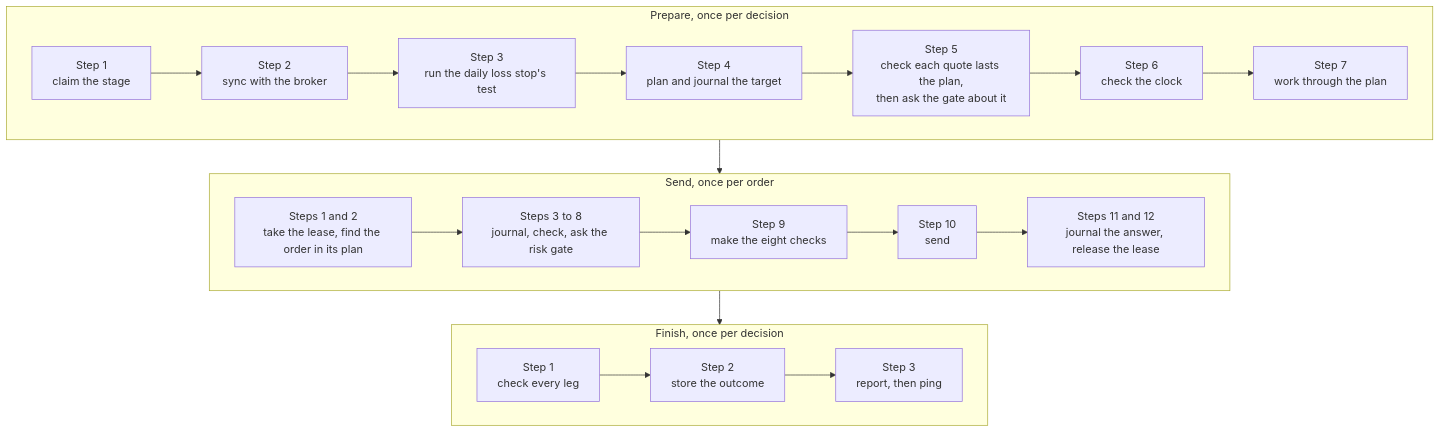
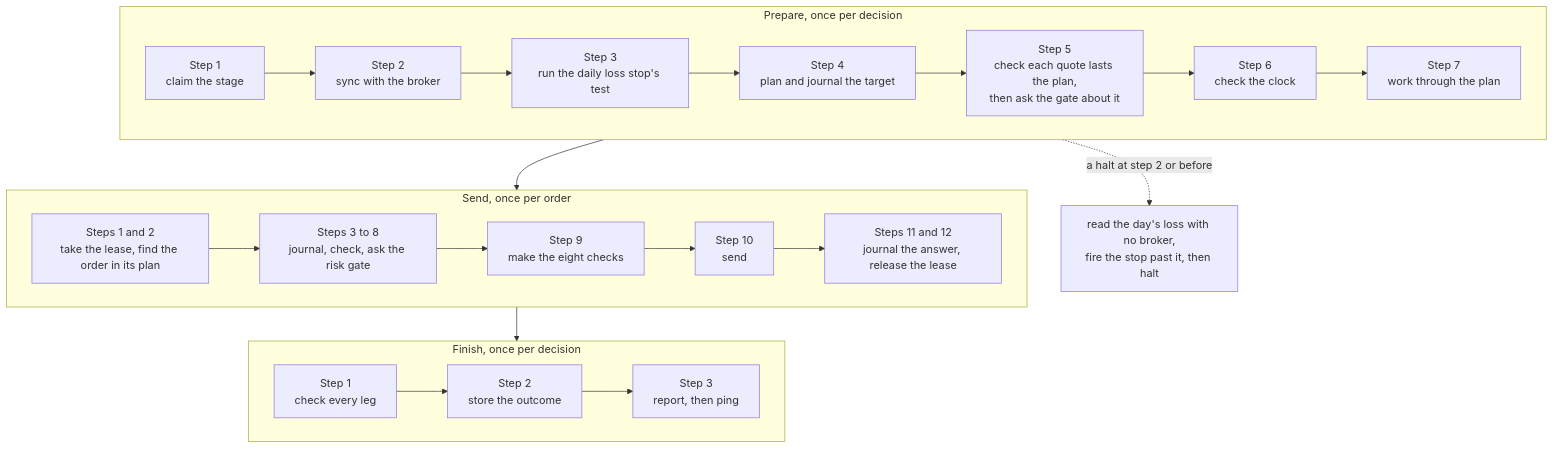
Before and after one commit to l3a0/ithildin-runtime: the ninth of 18 diagrams in docs/architecture/06-runtime.md, drawn with Mermaid. The commit also changed other lines of this file and 21 other files, not shown here.

First line of the commit message:
fix(execution): read the day's loss on a halt before step 5, so a loss past the stop latches

````diff
--- a/docs/architecture/06-runtime.md
+++ b/docs/architecture/06-runtime.md
@@ -630,17 +631,18 @@
 ```mermaid
 flowchart TB
     subgraph prepare["Prepare, once per decision"]
         direction LR
         a1["Step 1<br/>claim the stage"] --> a2["Step 2<br/>sync with the broker"] --> a3["Step 3<br/>run the daily loss stop's test"] --> a4["Step 4<br/>plan and journal the target"] --> a5["Step 5<br/>check each quote lasts the plan,<br/>then ask the gate about it"] --> a6["Step 6<br/>check the clock"] --> a7["Step 7<br/>work through the plan"]
     end
     subgraph each["Send, once per order"]
         direction LR
         b1["Steps 1 and 2<br/>take the lease, find the order in its plan"] --> b2["Steps 3 to 8<br/>journal, check, ask the risk gate"] --> b3["Step 9<br/>make the eight checks"] --> b4["Step 10<br/>send"] --> b5["Steps 11 and 12<br/>journal the answer, release the lease"]
     end
     subgraph finish["Finish, once per decision"]
         direction LR
         c1["Step 1<br/>check every leg"] --> c2["Step 2<br/>store the outcome"] --> c3["Step 3<br/>report, then ping"]
     end
+    a2 -.->|"a halt at step 2 or before"| h["read the day's loss with no broker,<br/>fire the stop past it, then halt"]
     prepare --> each
     each --> finish
 ```
````
